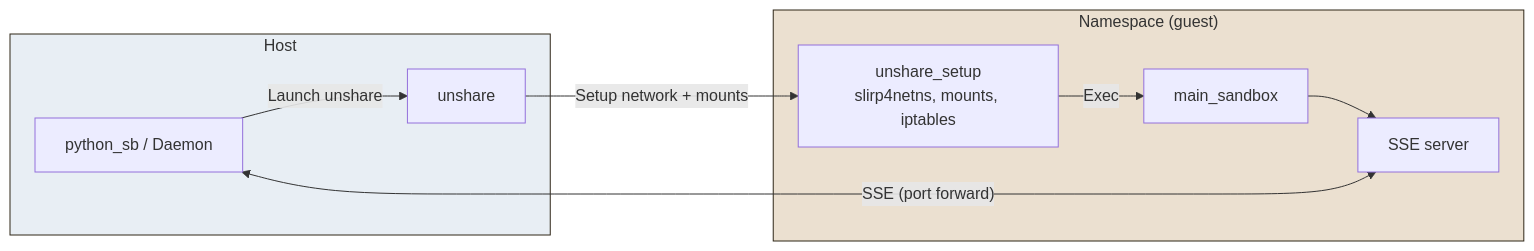
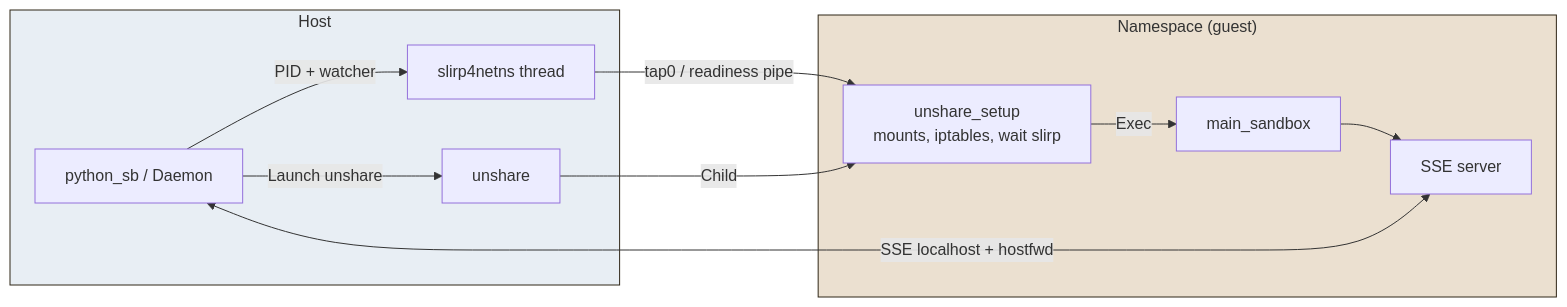
One commit to pprados/pysandboxes changed the diagram in wiki/unshare.md. Above: the diagram before and after it, drawn with Mermaid. The commit also changed other lines of this file and 12 other files, not shown here.

Commit message:
Fix slirp4netns

````diff
--- a/wiki/unshare.md
+++ b/wiki/unshare.md
@@ -33,22 +40,25 @@
 ```mermaid
 flowchart LR
     subgraph Host ["Host"]
         A[python_sb / Daemon]
         B[unshare]
+        S[slirp4netns thread]
     end
 
     subgraph Namespace ["Namespace (guest)"]
-        C[unshare_setup\nslirp4netns, mounts, iptables]
+        C[unshare_setup\nmounts, iptables, wait slirp]
         D[main_sandbox]
         E[SSE server]
     end
 
     A -->|"Launch unshare"| B
-    B -->|"Setup network + mounts"| C
+    A -->|"PID + watcher"| S
+    S -->|"tap0 / readiness pipe"| C
+    B -->|"Child"| C
     C -->|"Exec"| D
     D --> E
-    A <-->|"SSE (port forward)"| E
+    A <-->|"SSE localhost + hostfwd"| E
 
     style Host fill:#e8eef4,stroke:#2f2617
     style Namespace fill:#ebe0d0,stroke:#2f2617
 ```
````
